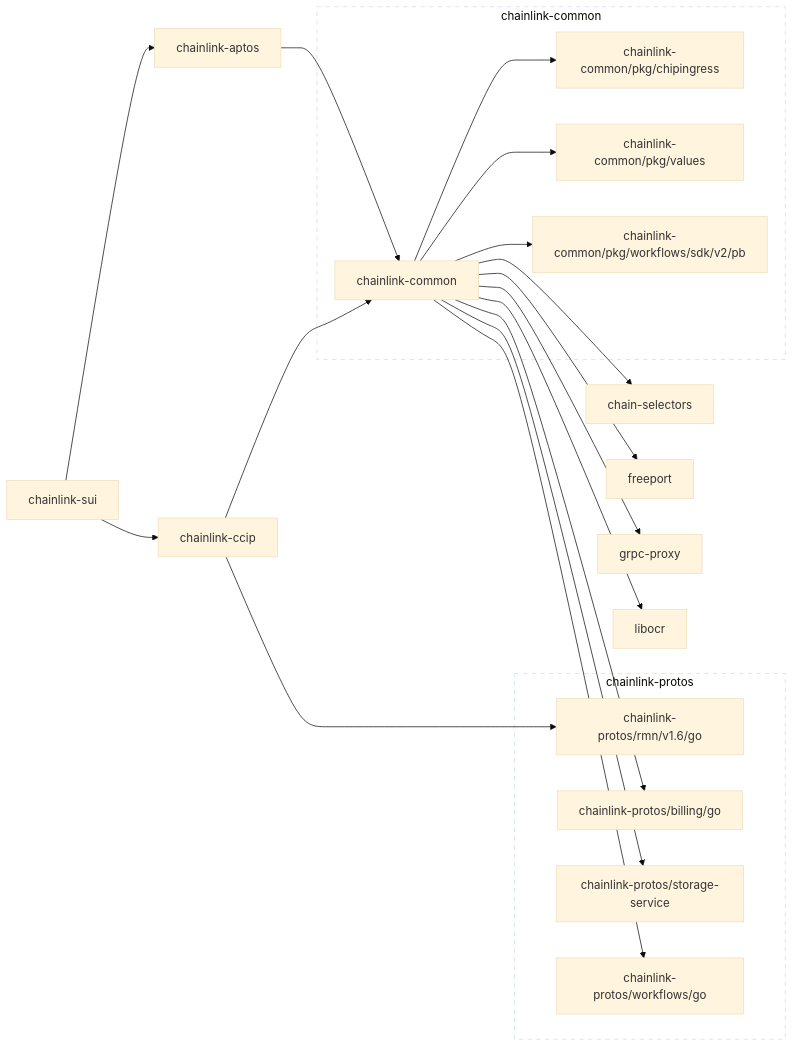
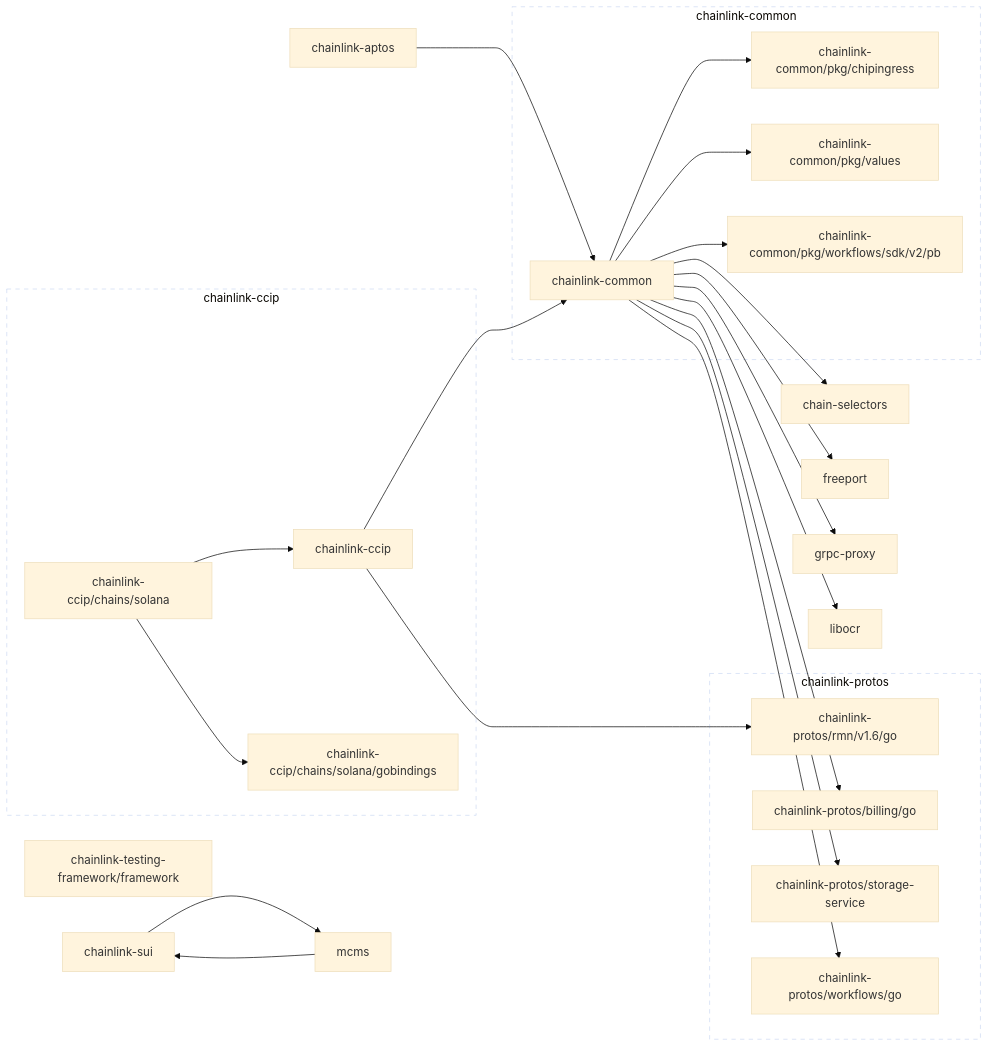
One commit to smartcontractkit/chainlink-sui changed the first of 2 diagrams in go.md. Above: the diagram before and after it, drawn with Mermaid (base theme). The commit also changed other lines of this file and 6 other files, not shown here.

````diff
--- a/go.md
+++ b/go.md
@@ -3,64 +3,79 @@
 ```mermaid
 flowchart LR
 
 	chain-selectors
 	click chain-selectors href "https://github.com/smartcontractkit/chain-selectors"
 	chainlink-aptos --> chainlink-common
 	click chainlink-aptos href "https://github.com/smartcontractkit/chainlink-aptos"
 	chainlink-ccip --> chainlink-common
 	chainlink-ccip --> chainlink-protos/rmn/v1.6/go
 	click chainlink-ccip href "https://github.com/smartcontractkit/chainlink-ccip"
+	chainlink-ccip/chains/solana --> chainlink-ccip
+	chainlink-ccip/chains/solana --> chainlink-ccip/chains/solana/gobindings
+	click chainlink-ccip/chains/solana href "https://github.com/smartcontractkit/chainlink-ccip"
+	chainlink-ccip/chains/solana/gobindings
+	click chainlink-ccip/chains/solana/gobindings href "https://github.com/smartcontractkit/chainlink-ccip"
 	chainlink-common --> chain-selectors
 	chainlink-common --> chainlink-common/pkg/chipingress
 	chainlink-common --> chainlink-common/pkg/values
 	chainlink-common --> chainlink-common/pkg/workflows/sdk/v2/pb
 	chainlink-common --> chainlink-protos/billing/go
 	chainlink-common --> chainlink-protos/storage-service
 	chainlink-common --> chainlink-protos/workflows/go
 	chainlink-common --> freeport
 	chainlink-common --> grpc-proxy
 	chainlink-common --> libocr
 	click chainlink-common href "https://github.com/smartcontractkit/chainlink-common"
 	chainlink-common/pkg/chipingress
 	click chainlink-common/pkg/chipingress href "https://github.com/smartcontractkit/chainlink-common"
 	chainlink-common/pkg/values
 	click chainlink-common/pkg/values href "https://github.com/smartcontractkit/chainlink-common"
 	chainlink-common/pkg/workflows/sdk/v2/pb
 	click chainlink-common/pkg/workflows/sdk/v2/pb href "https://github.com/smartcontractkit/chainlink-common"
 	chainlink-protos/billing/go
 	click chainlink-protos/billing/go href "https://github.com/smartcontractkit/chainlink-protos"
 	chainlink-protos/rmn/v1.6/go
 	click chainlink-protos/rmn/v1.6/go href "https://github.com/smartcontractkit/chainlink-protos"
 	chainlink-protos/storage-service
 	click chainlink-protos/storage-service href "https://github.com/smartcontractkit/chainlink-protos"
 	chainlink-protos/workflows/go
 	click chainlink-protos/workflows/go href "https://github.com/smartcontractkit/chainlink-protos"
-	chainlink-sui --> chainlink-aptos
-	chainlink-sui --> chainlink-ccip
+	chainlink-sui --> mcms
 	click chainlink-sui href "https://github.com/smartcontractkit/chainlink-sui"
+	chainlink-testing-framework/framework
+	click chainlink-testing-framework/framework href "https://github.com/smartcontractkit/chainlink-testing-framework"
 	freeport
 	click freeport href "https://github.com/smartcontractkit/freeport"
 	grpc-proxy
 	click grpc-proxy href "https://github.com/smartcontractkit/grpc-proxy"
 	libocr
 	click libocr href "https://github.com/smartcontractkit/libocr"
+	mcms --> chainlink-sui
+	click mcms href "https://github.com/smartcontractkit/mcms"
+
+	subgraph chainlink-ccip-repo[chainlink-ccip]
+		 chainlink-ccip
+		 chainlink-ccip/chains/solana
+		 chainlink-ccip/chains/solana/gobindings
+	end
+	click chainlink-ccip-repo href "https://github.com/smartcontractkit/chainlink-ccip"
 
 	subgraph chainlink-common-repo[chainlink-common]
 		 chainlink-common
 		 chainlink-common/pkg/chipingress
 		 chainlink-common/pkg/values
 		 chainlink-common/pkg/workflows/sdk/v2/pb
 	end
 	click chainlink-common-repo href "https://github.com/smartcontractkit/chainlink-common"
 
 	subgraph chainlink-protos-repo[chainlink-protos]
 		 chainlink-protos/billing/go
 		 chainlink-protos/rmn/v1.6/go
 		 chainlink-protos/storage-service
 		 chainlink-protos/workflows/go
 	end
 	click chainlink-protos-repo href "https://github.com/smartcontractkit/chainlink-protos"
 
 	classDef outline stroke-dasharray:6,fill:none;
-	class chainlink-common-repo,chainlink-protos-repo outline
+	class chainlink-ccip-repo,chainlink-common-repo,chainlink-protos-repo outline
 ```
````
